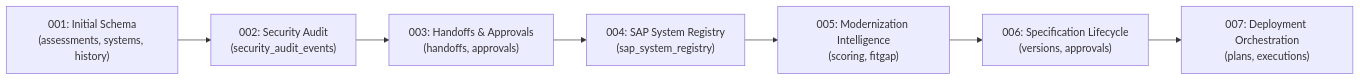
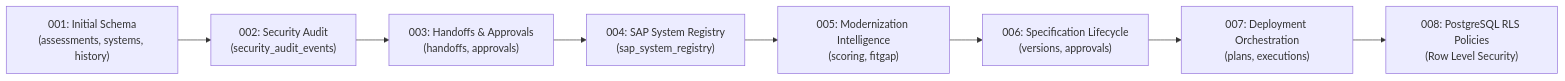
One commit to samarth092005/Firorix changed the diagram in docs/database/DATABASE_DESIGN.md. Above: the diagram before and after it, drawn with Mermaid. The commit also changed other lines of this file and 229 other files, not shown here.

````diff
--- a/docs/database/DATABASE_DESIGN.md
+++ b/docs/database/DATABASE_DESIGN.md
@@ -18,9 +22,10 @@
 ```mermaid
 flowchart LR
     M001["001: Initial Schema\n(assessments, systems, history)"] --> M002["002: Security Audit\n(security_audit_events)"]
     M002 --> M003["003: Handoffs & Approvals\n(handoffs, approvals)"]
     M003 --> M004["004: SAP System Registry\n(sap_system_registry)"]
     M004 --> M005["005: Modernization Intelligence\n(scoring, fitgap)"]
     M005 --> M006["006: Specification Lifecycle\n(versions, approvals)"]
     M006 --> M007["007: Deployment Orchestration\n(plans, executions)"]
+    M007 --> M008["008: PostgreSQL RLS Policies\n(Row Level Security)"]
 ```
````
